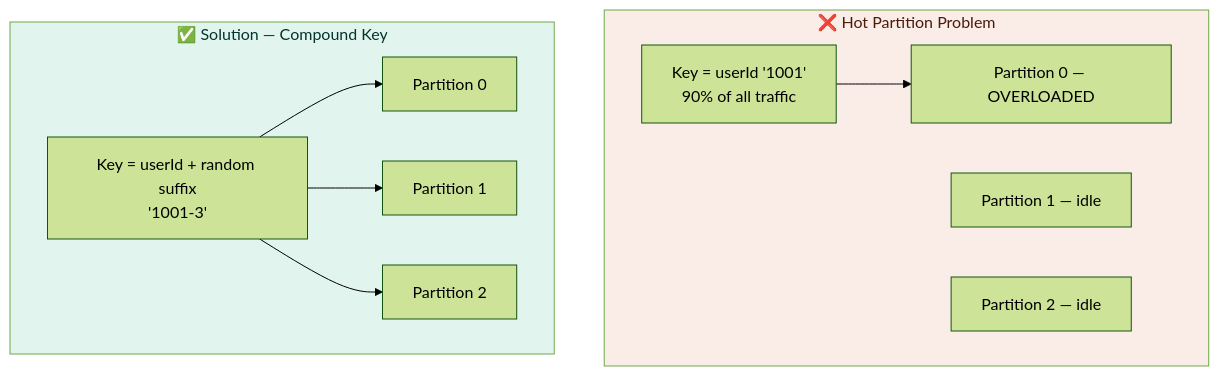
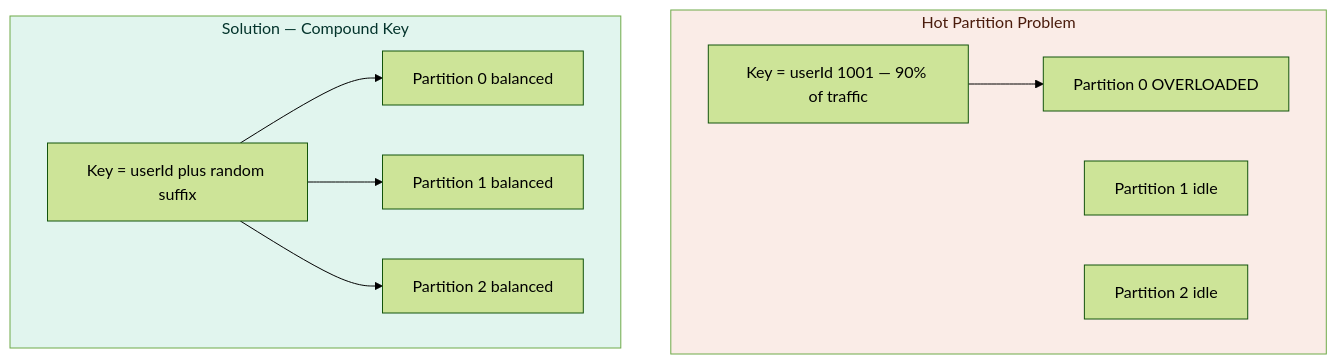
The ninth of 18 diagrams in kakfa/kafka_best_practices.md (rahulsaxena23-code/best-practice), drawn with Mermaid (forest theme) before and after one commit. The commit also changed other lines of this file, not shown here.

````diff
--- a/kakfa/kafka_best_practices.md
+++ b/kakfa/kafka_best_practices.md
@@ -495,22 +434,22 @@
 ```mermaid
-graph TD
-    subgraph HotProblem["❌ Hot Partition Problem"]
-        HP1[Key = userId '1001'\n90% of all traffic]
-        HP2[Partition 0 — OVERLOADED]
-        HP3[Partition 1 — idle]
-        HP4[Partition 2 — idle]
+flowchart TD
+    subgraph Problem["Hot Partition Problem"]
+        HP1[Key = userId 1001 — 90% of traffic]
+        HP2[Partition 0 OVERLOADED]
+        HP3[Partition 1 idle]
+        HP4[Partition 2 idle]
         HP1 --> HP2
     end
-    subgraph HotSolution["✅ Solution — Compound Key"]
-        HS1["Key = userId + random suffix\n'1001-3'"]
-        HS2[Partition 0]
-        HS3[Partition 1]
-        HS4[Partition 2]
+    subgraph Solution["Solution — Compound Key"]
+        HS1[Key = userId plus random suffix]
+        HS2[Partition 0 balanced]
+        HS3[Partition 1 balanced]
+        HS4[Partition 2 balanced]
         HS1 --> HS2
         HS1 --> HS3
         HS1 --> HS4
     end
 
-    style HotProblem fill:#FAECE7,color:#4A1B0C
-    style HotSolution fill:#E1F5EE,color:#04342C
+    style Problem fill:#FAECE7,color:#4A1B0C
+    style Solution fill:#E1F5EE,color:#04342C
 ```
````
